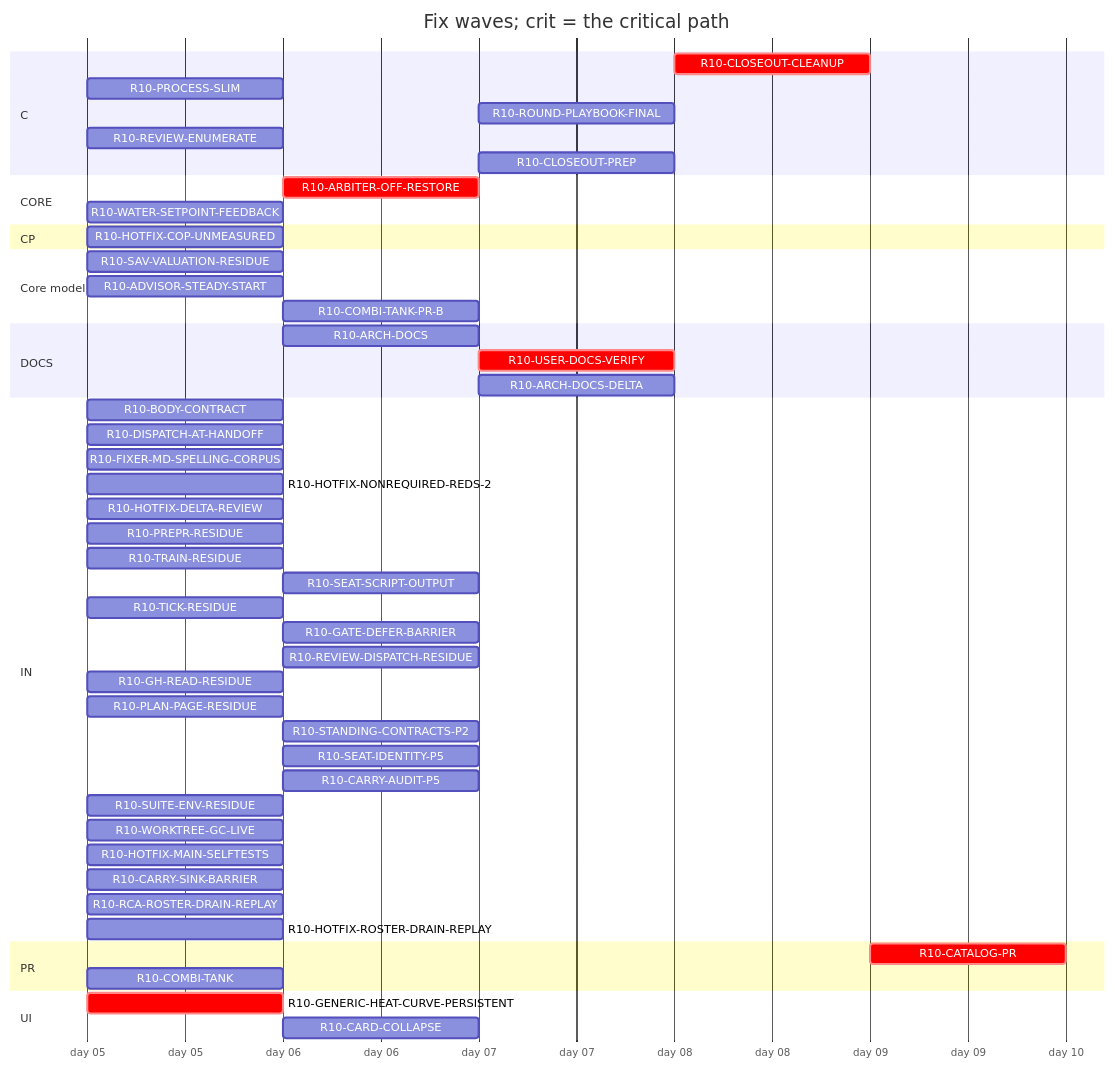
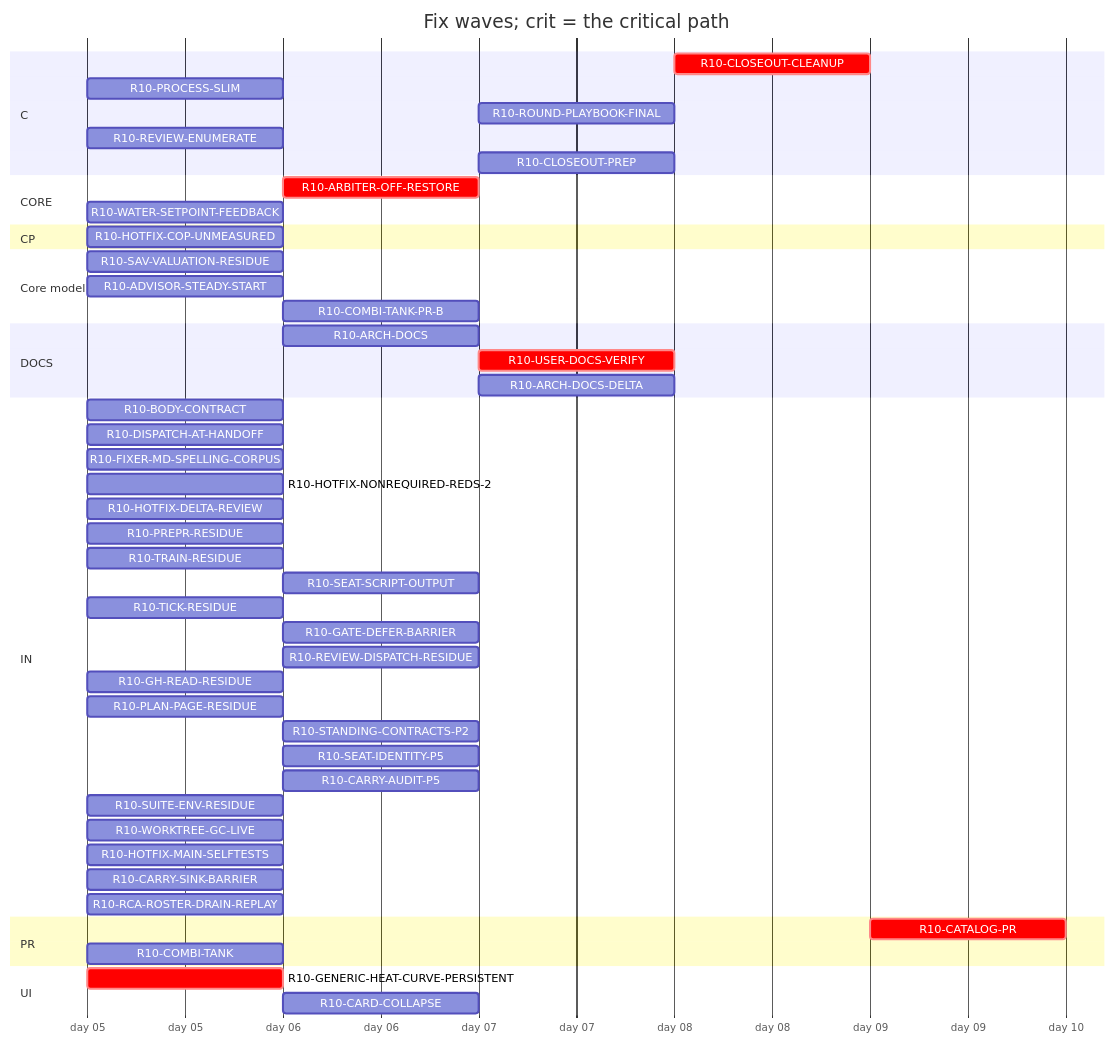
One commit to tvofi/heatpump_optimizer changed the diagram in handoff/round10/state/PLAN-TABLE.md. Above: the diagram before and after it, drawn with Mermaid. The commit also changed other lines of this file and 3 other files, not shown here.

Commit message:
state: FLOW-BOARD.md, NEXT-SESSION-PROMPT.md, PLAN-TABLE.md, RESUME-CURRENT.md regenerated (state_docs.py)

````diff
--- a/handoff/round10/state/PLAN-TABLE.md
+++ b/handoff/round10/state/PLAN-TABLE.md
@@ -21,54 +21,53 @@
 ```mermaid
 gantt
   title Fix waves; crit = the critical path
   dateFormat YYYY-MM-DD
   axisFormat day %d
   section C
     R10-CLOSEOUT-CLEANUP :crit, r10CLOSEOUTCLEANUP, after r10ARCHDOCS r10USERDOCSVERIFY r10ROUNDPLAYBOOKFINAL r10CLOSEOUTPREP r10ARCHDOCSDELTA, 1d
     R10-PROCESS-SLIM :r10PROCESSSLIM, 2026-01-05, 1d
     R10-ROUND-PLAYBOOK-FINAL :r10ROUNDPLAYBOOKFINAL, after r10DISPATCHATHANDOFF r10BODYCONTRACT r10PROCESSSLIM r10FIXERMDSPELLINGCORPUS r10PREPRRESIDUE r10SEATSCRIPTOUTPUT r10REVIEWDISPATCHRESIDUE r10CARRYAUDITP5 r10TICKRESIDUE r10SEATIDENTITYP5 r10STANDINGCONTRACTSP2 r10PLANPAGERESIDUE r10TRAINRESIDUE r10GHREADRESIDUE r10SUITEENVRESIDUE r10GATEDEFERBARRIER r10WORKTREEGCLIVE, 1d
     R10-REVIEW-ENUMERATE :r10REVIEWENUMERATE, 2026-01-05, 1d
     R10-CLOSEOUT-PREP :r10CLOSEOUTPREP, after r10ARCHDOCS r10DISPATCHATHANDOFF r10BODYCONTRACT r10PROCESSSLIM r10FIXERMDSPELLINGCORPUS r10PREPRRESIDUE r10SEATSCRIPTOUTPUT r10REVIEWDISPATCHRESIDUE r10CARRYAUDITP5 r10TICKRESIDUE r10SEATIDENTITYP5 r10STANDINGCONTRACTSP2 r10PLANPAGERESIDUE r10TRAINRESIDUE r10GHREADRESIDUE r10SUITEENVRESIDUE r10GATEDEFERBARRIER r10WORKTREEGCLIVE, 1d
   section CORE
     R10-ARBITER-OFF-RESTORE :crit, r10ARBITEROFFRESTORE, after r10GENERICHEATCURVEPERSISTENT r10WATERSETPOINTFEEDBACK, 1d
     R10-WATER-SETPOINT-FEEDBACK :r10WATERSETPOINTFEEDBACK, 2026-01-05, 1d
   section CP
     R10-HOTFIX-COP-UNMEASURED :r10HOTFIXCOPUNMEASURED, 2026-01-05, 1d
   section Core model
     R10-SAV-VALUATION-RESIDUE :r10SAVVALUATIONRESIDUE, 2026-01-05, 1d
     R10-ADVISOR-STEADY-START :r10ADVISORSTEADYSTART, 2026-01-05, 1d
     R10-COMBI-TANK-PR-B :r10COMBITANKPRB, after r10COMBITANK, 1d
   section DOCS
     R10-ARCH-DOCS :r10ARCHDOCS, after r10DISPATCHATHANDOFF r10BODYCONTRACT r10PROCESSSLIM, 1d
     R10-USER-DOCS-VERIFY :crit, r10USERDOCSVERIFY, after r10HOTFIXCOPUNMEASURED r10GENERICHEATCURVEPERSISTENT r10ARBITEROFFRESTORE r10COMBITANK, 1d
     R10-ARCH-DOCS-DELTA :r10ARCHDOCSDELTA, after r10ARCHDOCS r10HOTFIXCOPUNMEASURED r10GENERICHEATCURVEPERSISTENT r10ARBITEROFFRESTORE r10COMBITANK r10SAVVALUATIONRESIDUE r10ADVISORSTEADYSTART r10COMBITANKPRB, 1d
   section IN
     R10-BODY-CONTRACT :r10BODYCONTRACT, 2026-01-05, 1d
     R10-DISPATCH-AT-HANDOFF :r10DISPATCHATHANDOFF, 2026-01-05, 1d
     R10-FIXER-MD-SPELLING-CORPUS :r10FIXERMDSPELLINGCORPUS, 2026-01-05, 1d
     R10-HOTFIX-NONREQUIRED-REDS-2 :r10HOTFIXNONREQUIREDREDS2, 2026-01-05, 1d
     R10-HOTFIX-DELTA-REVIEW :r10HOTFIXDELTAREVIEW, 2026-01-05, 1d
     R10-PREPR-RESIDUE :r10PREPRRESIDUE, 2026-01-05, 1d
     R10-TRAIN-RESIDUE :r10TRAINRESIDUE, 2026-01-05, 1d
     R10-SEAT-SCRIPT-OUTPUT :r10SEATSCRIPTOUTPUT, after r10TRAINRESIDUE, 1d
     R10-TICK-RESIDUE :r10TICKRESIDUE, 2026-01-05, 1d
     R10-GATE-DEFER-BARRIER :r10GATEDEFERBARRIER, after r10TRAINRESIDUE r10TICKRESIDUE, 1d
     R10-REVIEW-DISPATCH-RESIDUE :r10REVIEWDISPATCHRESIDUE, after r10DISPATCHATHANDOFF r10REVIEWENUMERATE r10HOTFIXDELTAREVIEW r10PROCESSSLIM, 1d
     R10-GH-READ-RESIDUE :r10GHREADRESIDUE, 2026-01-05, 1d
     R10-PLAN-PAGE-RESIDUE :r10PLANPAGERESIDUE, 2026-01-05, 1d
     R10-STANDING-CONTRACTS-P2 :r10STANDINGCONTRACTSP2, after r10FIXERMDSPELLINGCORPUS, 1d
     R10-SEAT-IDENTITY-P5 :r10SEATIDENTITYP5, after r10TICKRESIDUE, 1d
     R10-CARRY-AUDIT-P5 :r10CARRYAUDITP5, after r10BODYCONTRACT, 1d
     R10-SUITE-ENV-RESIDUE :r10SUITEENVRESIDUE, 2026-01-05, 1d
     R10-WORKTREE-GC-LIVE :r10WORKTREEGCLIVE, 2026-01-05, 1d
     R10-HOTFIX-MAIN-SELFTESTS :r10HOTFIXMAINSELFTESTS, 2026-01-05, 1d
     R10-CARRY-SINK-BARRIER :r10CARRYSINKBARRIER, 2026-01-05, 1d
     R10-RCA-ROSTER-DRAIN-REPLAY :r10RCAROSTERDRAINREPLAY, 2026-01-05, 1d
-    R10-HOTFIX-ROSTER-DRAIN-REPLAY :r10HOTFIXROSTERDRAINREPLAY, 2026-01-05, 1d
   section PR
     R10-CATALOG-PR :crit, r10CATALOGPR, after r10USERDOCSVERIFY r10ARCHDOCS r10ROUNDPLAYBOOKFINAL r10CLOSEOUTCLEANUP r10CLOSEOUTPREP r10ARCHDOCSDELTA, 1d
     R10-COMBI-TANK :r10COMBITANK, 2026-01-05, 1d
   section UI
     R10-GENERIC-HEAT-CURVE-PERSISTENT :crit, r10GENERICHEATCURVEPERSISTENT, 2026-01-05, 1d
     R10-CARD-COLLAPSE :r10CARDCOLLAPSE, after r10HOTFIXCOPUNMEASURED, 1d
 ```
````
